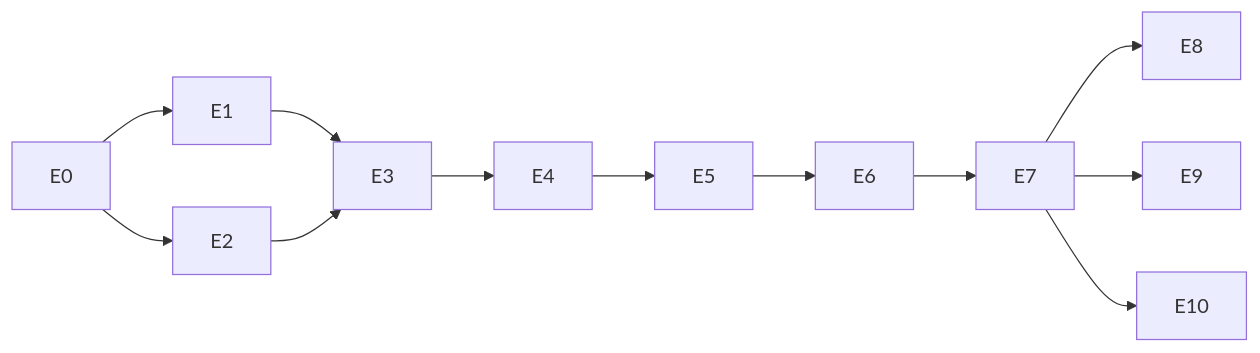
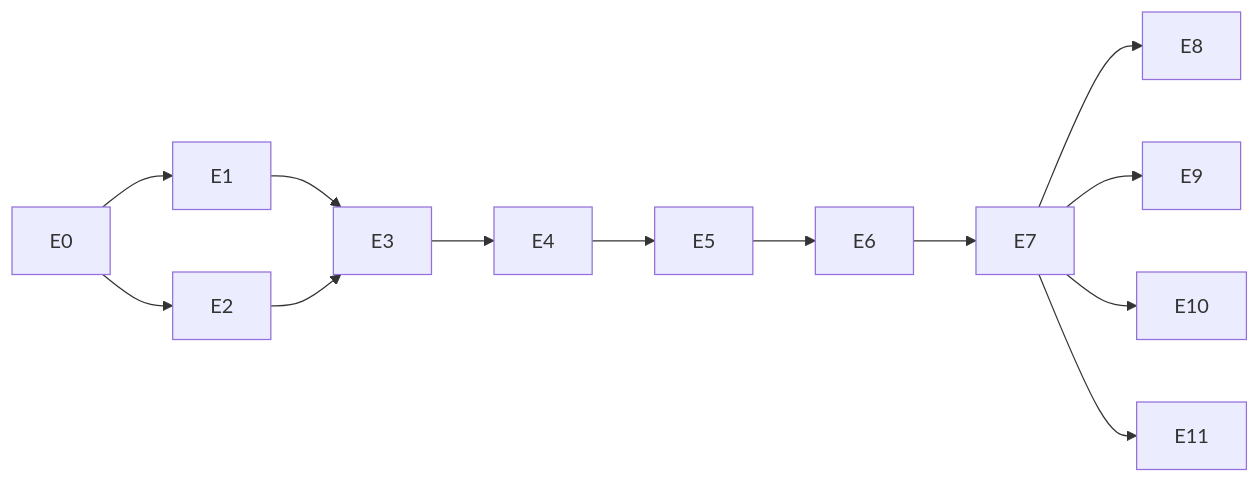
One commit to jeremialcala/wh-python-fastapi-messenger changed the diagram in engine/docs/00-project/plan-de-los-workers.md. Above: the diagram before and after it, drawn with Mermaid. The commit also changed other lines of this file and 13 other files, not shown here.

````diff
--- a/engine/docs/00-project/plan-de-los-workers.md
+++ b/engine/docs/00-project/plan-de-los-workers.md
@@ -37,9 +38,10 @@
 ```mermaid
 flowchart LR
     E0 --> E1 --> E3
     E0 --> E2 --> E3
     E3 --> E4 --> E5 --> E6 --> E7
     E7 --> E8
     E7 --> E9
     E7 --> E10
+    E7 --> E11
 ```
````
